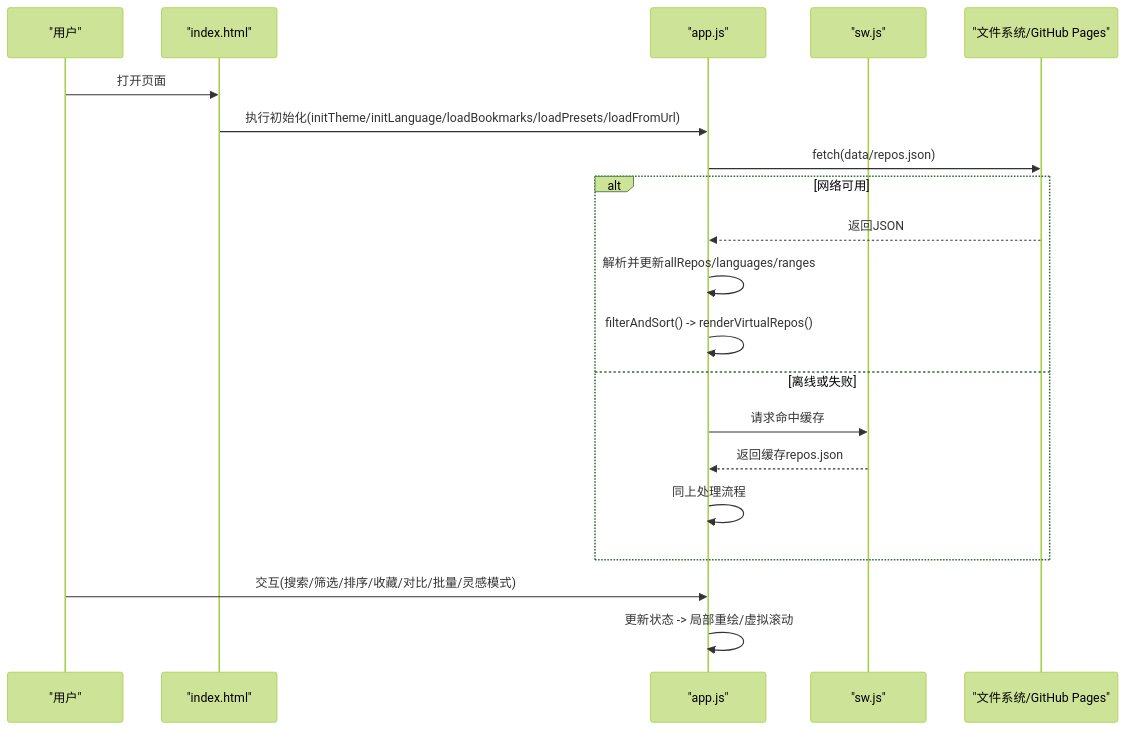
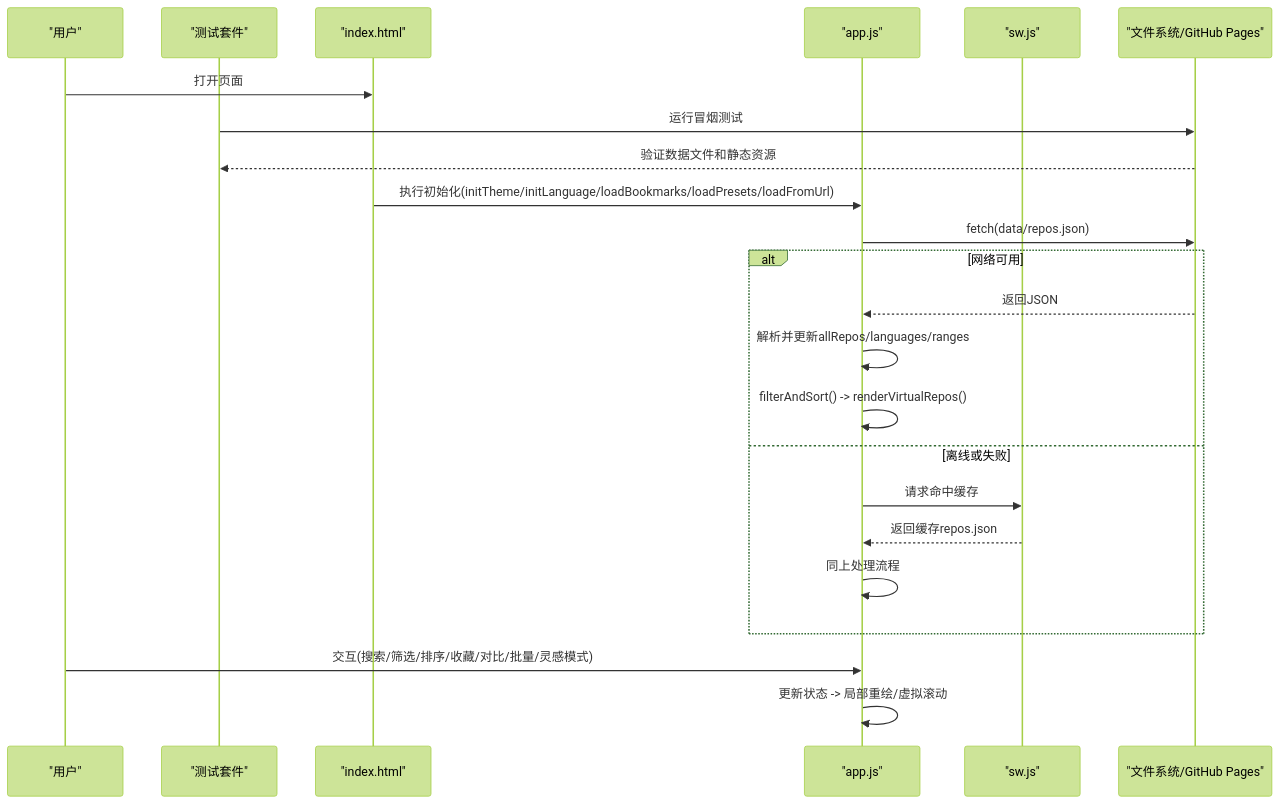
One commit to allengaller/repo-database changed the second of 10 diagrams in .qoder/repowiki/zh/content/前端架构/前端架构.md. Above: the diagram before and after it, drawn with Mermaid (forest theme). The commit also changed other lines of this file and 38 other files, not shown here.

````diff
--- a/.qoder/repowiki/zh/content/前端架构/前端架构.md
+++ b/.qoder/repowiki/zh/content/前端架构/前端架构.md
@@ -89,22 +113,25 @@
 ```mermaid
 sequenceDiagram
 participant U as "用户"
+participant T as "测试套件"
 participant H as "index.html"
 participant JS as "app.js"
 participant SW as "sw.js"
 participant FS as "文件系统/GitHub Pages"
 U->>H : 打开页面
+T->>FS : 运行冒烟测试
+FS-->>T : 验证数据文件和静态资源
 H->>JS : 执行初始化(initTheme/initLanguage/loadBookmarks/loadPresets/loadFromUrl)
 JS->>FS : fetch(data/repos.json)
 alt 网络可用
 FS-->>JS : 返回JSON
 JS->>JS : 解析并更新allRepos/languages/ranges
 JS->>JS : filterAndSort() -> renderVirtualRepos()
 else 离线或失败
 JS->>SW : 请求命中缓存
 SW-->>JS : 返回缓存repos.json
 JS->>JS : 同上处理流程
 end
 U->>JS : 交互(搜索/筛选/排序/收藏/对比/批量/灵感模式)
 JS->>JS : 更新状态 -> 局部重绘/虚拟滚动
 ```
````
